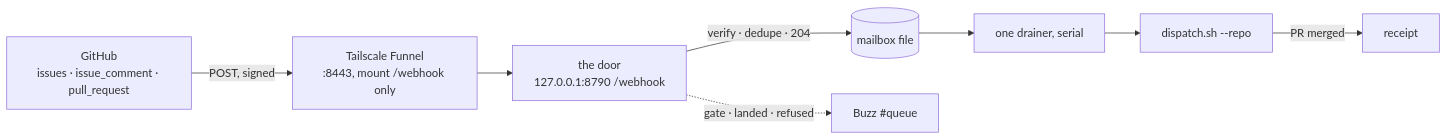
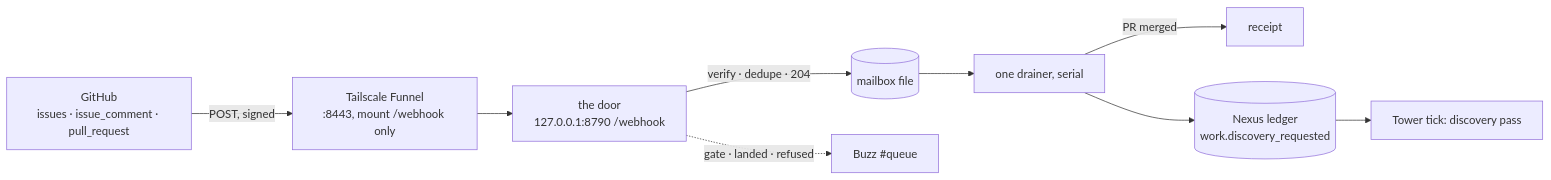
The diagram in docs/webhooks.md (ariaxhan/nexus-office), drawn with Mermaid before and after one commit. The commit also changed other lines of this file and 11 other files, not shown here.

First line of the commit message:
Hand webhooks to Tower durably and keep discovery running during long work

````diff
--- a/docs/webhooks.md
+++ b/docs/webhooks.md
@@ -9,11 +9,12 @@
 ```mermaid
 flowchart LR
   GH[GitHub<br/>issues · issue_comment · pull_request]
   GH -->|POST, signed| F[Tailscale Funnel<br/>:8443, mount /webhook only]
   F --> D[the door<br/>127.0.0.1:8790 /webhook]
   D -->|verify · dedupe · 204| MB[(mailbox file)]
   MB --> DR[one drainer, serial]
-  DR --> DP[dispatch.sh --repo]
-  DP -->|PR merged| RC[receipt]
+  DR -->|PR merged| RC[receipt]
+  DR --> TL[(Nexus ledger<br/>work.discovery_requested)]
+  TL --> TW[Tower tick: discovery pass]
   D -.->|gate · landed · refused| BZ[Buzz #queue]
 ```
````
